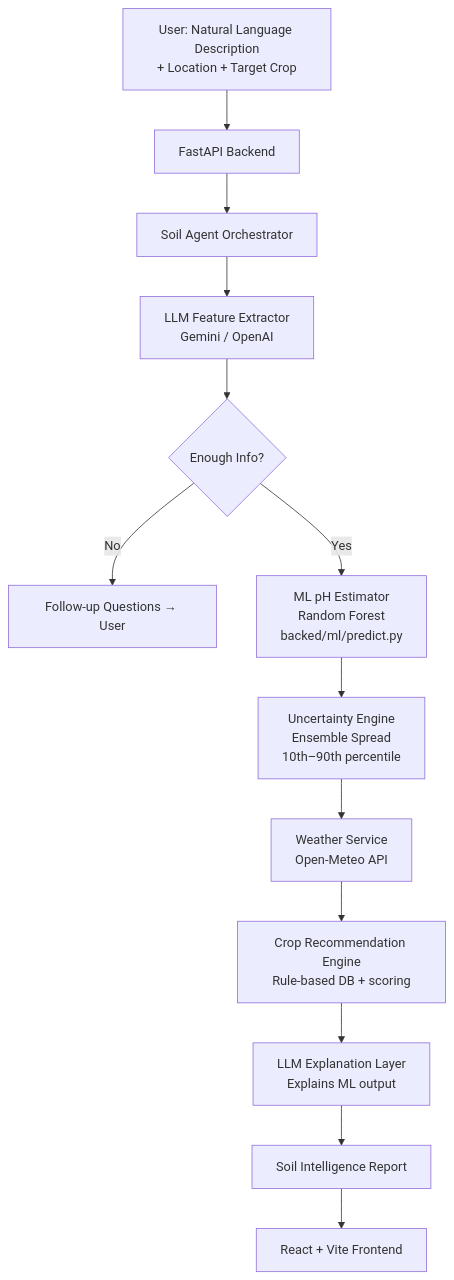
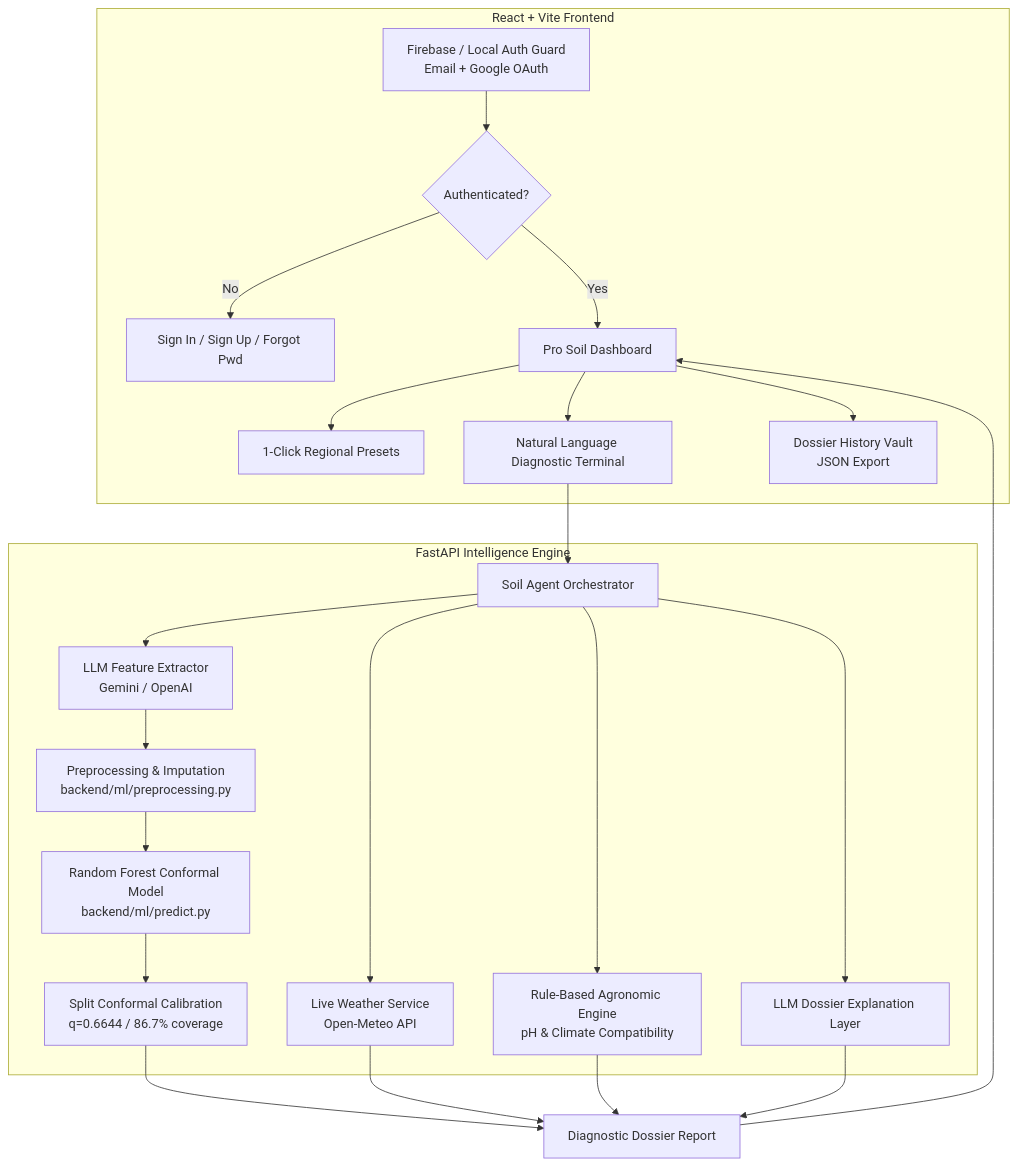
The diagram in README.md (vaish4991/SoilSense-AI), drawn with Mermaid before and after one commit. The commit also changed other lines of this file, not shown here.

Commit message:
docs: update README with USDA SSURGO data, conformal prediction, strict auth, and 21 passing tests

````diff
--- a/README.md
+++ b/README.md
@@ -34,15 +32,28 @@
 ```mermaid
 flowchart TD
-    A[User: Natural Language Description\n+ Location + Target Crop] --> B[FastAPI Backend]
-    B --> C[Soil Agent Orchestrator]
-    C --> D[LLM Feature Extractor\nGemini / OpenAI]
-    D --> E{Enough Info?}
-    E -- No --> F[Follow-up Questions → User]
-    E -- Yes --> G[ML pH Estimator\nRandom Forest\nbacked/ml/predict.py]
-    G --> H[Uncertainty Engine\nEnsemble Spread\n10th–90th percentile]
-    H --> I[Weather Service\nOpen-Meteo API]
-    I --> J[Crop Recommendation Engine\nRule-based DB + scoring]
-    J --> K[LLM Explanation Layer\nExplains ML output]
-    K --> L[Soil Intelligence Report]
-    L --> M[React + Vite Frontend]
+    subgraph Client [React + Vite Frontend]
+        Auth[Firebase / Local Auth Guard\nEmail + Google OAuth] --> Router{Authenticated?}
+        Router -- No --> Login[Sign In / Sign Up / Forgot Pwd]
+        Router -- Yes --> Dashboard[Pro Soil Dashboard]
+        Dashboard --> Archetype[1-Click Regional Presets]
+        Dashboard --> Terminal[Natural Language Diagnostic Terminal]
+        Dashboard --> Vault[Dossier History Vault\nJSON Export]
+    end
+
+    subgraph Backend [FastAPI Intelligence Engine]
+        Terminal --> Agent[Soil Agent Orchestrator]
+        Agent --> Extractor[LLM Feature Extractor\nGemini / OpenAI]
+        Extractor --> Preprocess[Preprocessing & Imputation\nbackend/ml/preprocessing.py]
+        Preprocess --> Predictor[Random Forest Conformal Model\nbackend/ml/predict.py]
+        Predictor --> Conformal[Split Conformal Calibration\nq=0.6644 / 86.7% coverage]
+        Agent --> Weather[Live Weather Service\nOpen-Meteo API]
+        Agent --> Crops[Rule-Based Agronomic Engine\npH & Climate Compatibility]
+        Agent --> Explainer[LLM Dossier Explanation Layer]
+    end
+
+    Conformal --> Report[Diagnostic Dossier Report]
+    Weather --> Report
+    Crops --> Report
+    Explainer --> Report
+    Report --> Dashboard
 ```
````
